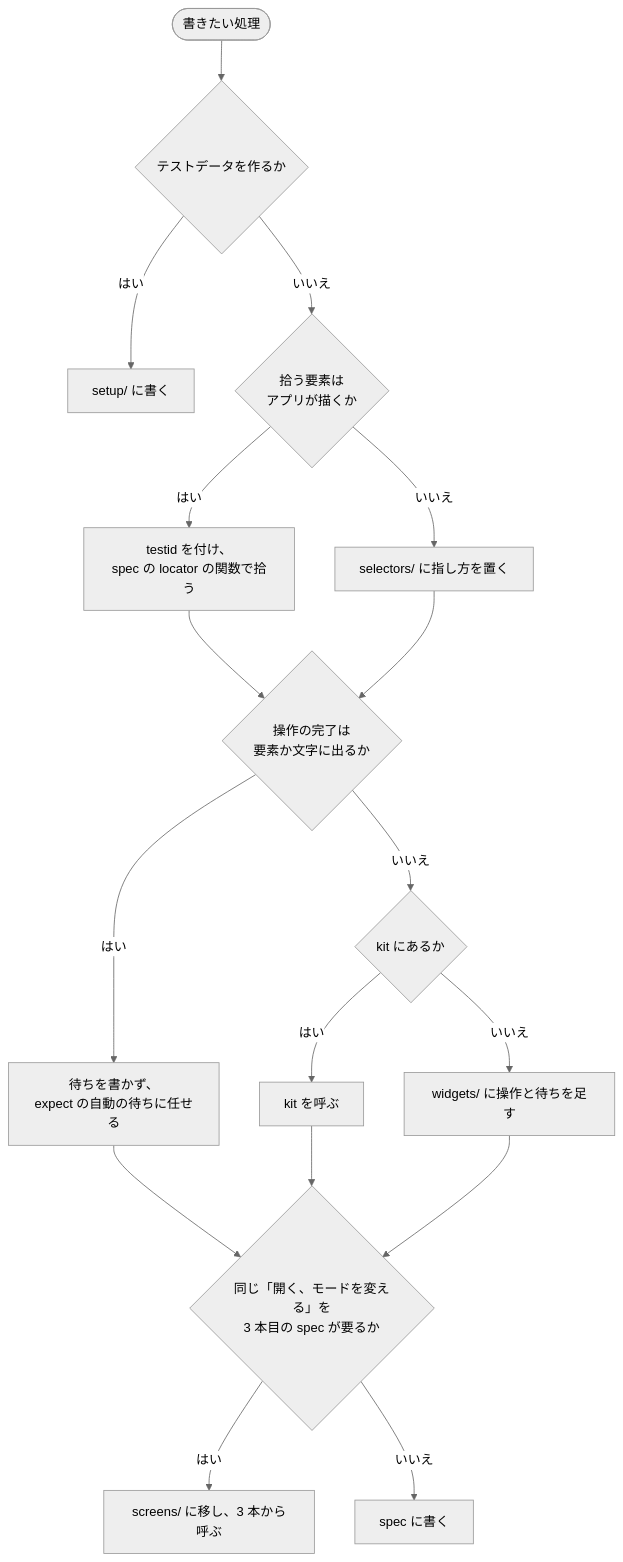
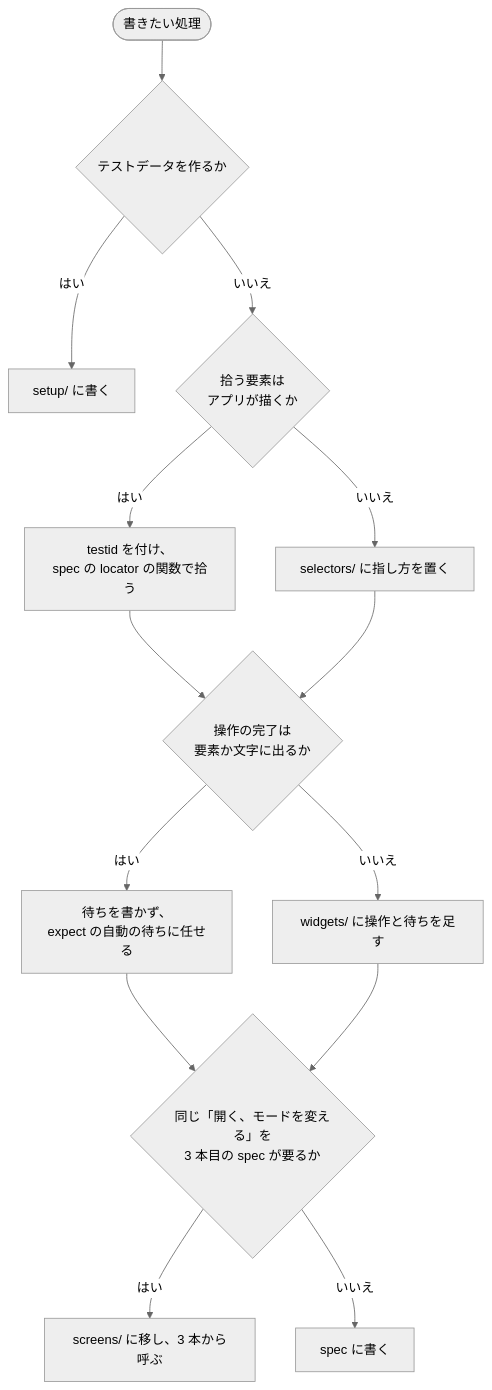
One commit to Fukuemon/buddy changed the second of 4 diagrams in packages/e2e/DesignDoc.md. Above: the diagram before and after it, drawn with Mermaid (neutral theme). The commit also changed other lines of this file and 4 other files, not shown here.

````diff
--- a/packages/e2e/DesignDoc.md
+++ b/packages/e2e/DesignDoc.md
@@ -83,19 +83,16 @@
 ```mermaid
 flowchart TB
   start(["書きたい処理"]) --> data{"テストデータを作るか"}
   data -->|はい| toSetup["setup/ に書く"]
   data -->|いいえ| elem{"拾う要素は<br/>アプリが描くか"}
   elem -->|はい| testid["testid を付け、<br/>spec の locator の関数で拾う"]
   elem -->|いいえ| toSelectors["selectors/ に指し方を置く"]
   testid --> done{"操作の完了は<br/>要素か文字に出るか"}
   toSelectors --> done
   done -->|はい| expectWait["待ちを書かず、<br/>expect の自動の待ちに任せる"]
-  done -->|いいえ| kitHas{"kit にあるか"}
-  kitHas -->|はい| useKit["kit を呼ぶ"]
-  kitHas -->|いいえ| toWidgets["widgets/ に操作と待ちを足す"]
+  done -->|いいえ| toWidgets["widgets/ に操作と待ちを足す"]
   expectWait --> open{"同じ「開く、モードを変える」を<br/>3 本目の spec が要るか"}
-  useKit --> open
   toWidgets --> open
   open -->|はい| toScreens["screens/ に移し、3 本から呼ぶ"]
   open -->|いいえ| toSpec["spec に書く"]
 ```
````
